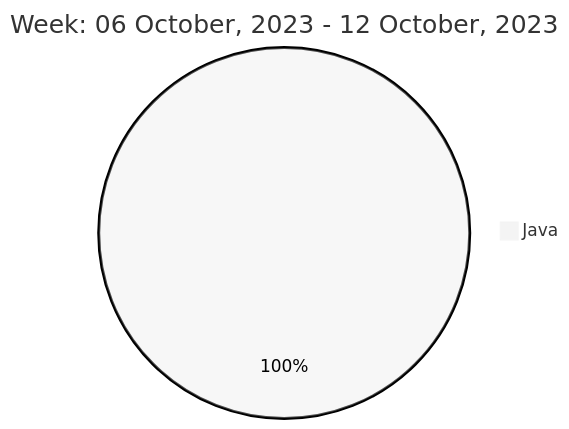
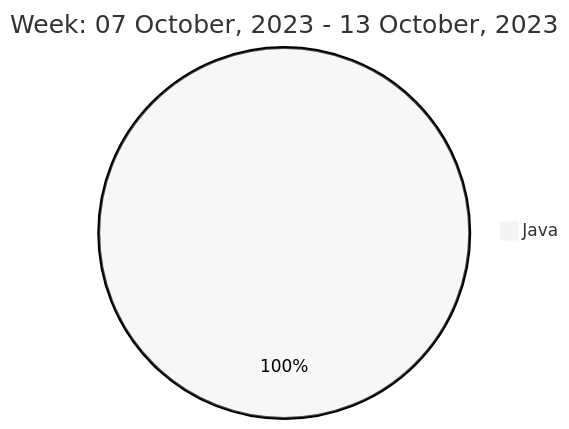
Before and after one commit to liubin95/liubin95: the diagram in README.md, drawn with Mermaid (neutral theme).

Commit message:
Updated the Graph with new Metrics

````diff
--- a/README.md
+++ b/README.md
@@ -40,5 +40,5 @@
 ```mermaid
  pie
-title Week: 06 October, 2023 - 12 October, 2023
+title Week: 07 October, 2023 - 13 October, 2023
  "Java" : 5.32
 ```
````
